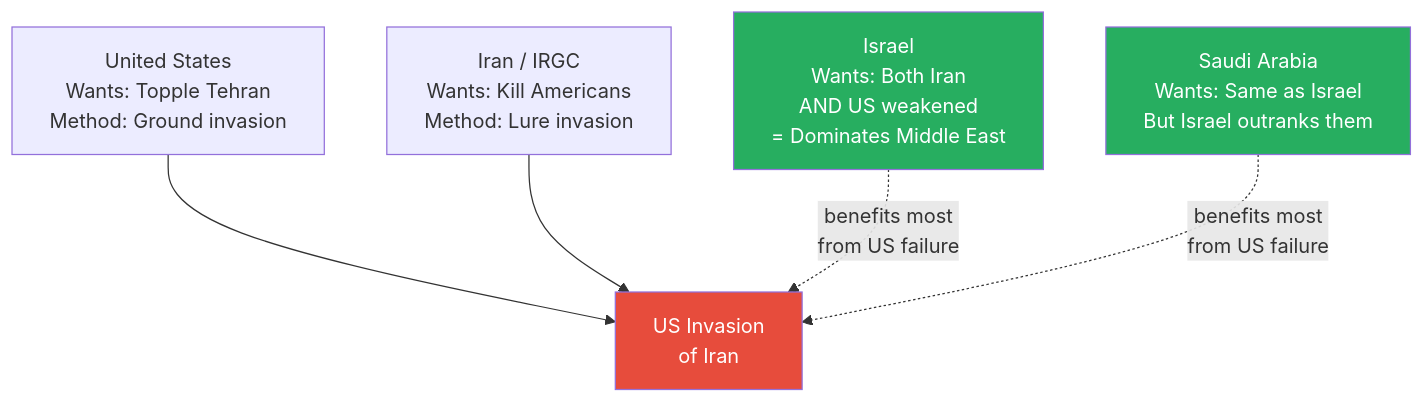
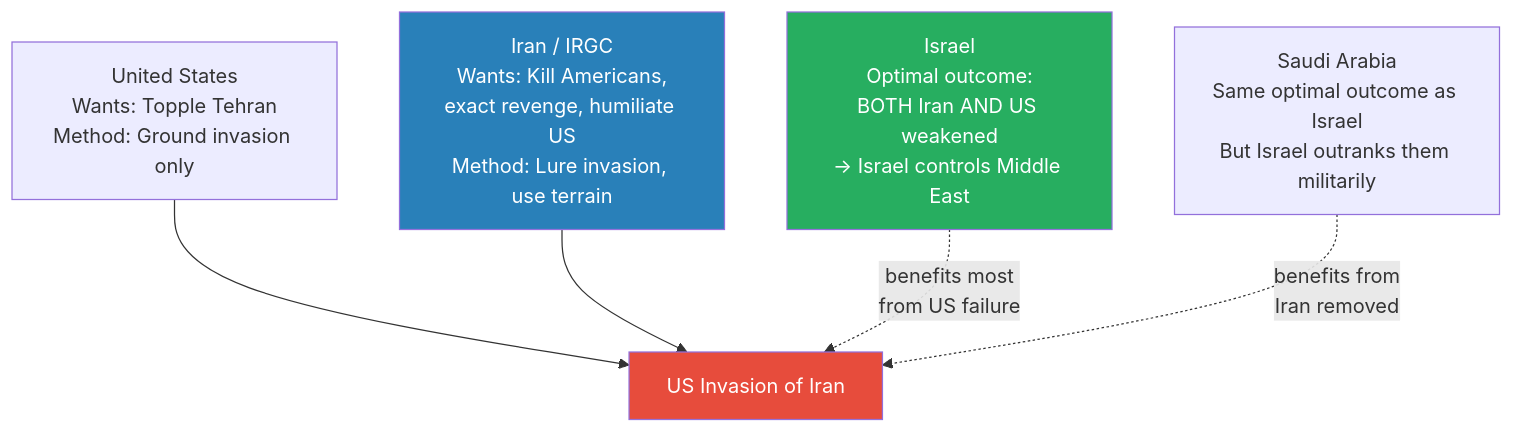
Before and after one commit to alius33/reader: the tenth of 11 diagrams in summaries/Lectures/Geo-Strategy/08 - The Iran Trap.md, drawn with Mermaid. The commit also changed other lines of this file and 26 other files, not shown here.

````diff
--- a/summaries/Lectures/Geo-Strategy/08 - The Iran Trap.md
+++ b/summaries/Lectures/Geo-Strategy/08 - The Iran Trap.md
@@ -590,15 +591,15 @@
 ```mermaid
 flowchart TB
-    US["United States<br/>Wants: Topple Tehran<br/>Method: Ground invasion"]
-    IRAN["Iran / IRGC<br/>Wants: Kill Americans<br/>Method: Lure invasion"]
-    ISR["Israel<br/>Wants: Both Iran<br/>AND US weakened<br/>= Dominates Middle East"]
-    SA["Saudi Arabia<br/>Wants: Same as Israel<br/>But Israel outranks them"]
-    INV["US Invasion<br/>of Iran"]
+    INV["US Invasion of Iran"]
+    US["United States<br/>Wants: Topple Tehran<br/>Method: Ground invasion only"]
+    IRAN["Iran / IRGC<br/>Wants: Kill Americans,<br/>exact revenge, humiliate US<br/>Method: Lure invasion, use terrain"]
+    ISR["Israel<br/>Optimal outcome:<br/>BOTH Iran AND US weakened<br/>→ Israel controls Middle East"]
+    SA["Saudi Arabia<br/>Same optimal outcome as Israel<br/>But Israel outranks them militarily"]
     US --> INV
     IRAN --> INV
     ISR -.->|"benefits most<br/>from US failure"| INV
-    SA -.->|"benefits most<br/>from US failure"| INV
+    SA -.->|"benefits from<br/>Iran removed"| INV
     style INV fill:#e74c3c,color:#fff
     style ISR fill:#27ae60,color:#fff
-    style SA fill:#27ae60,color:#fff
+    style IRAN fill:#2980b9,color:#fff
 ```
````
